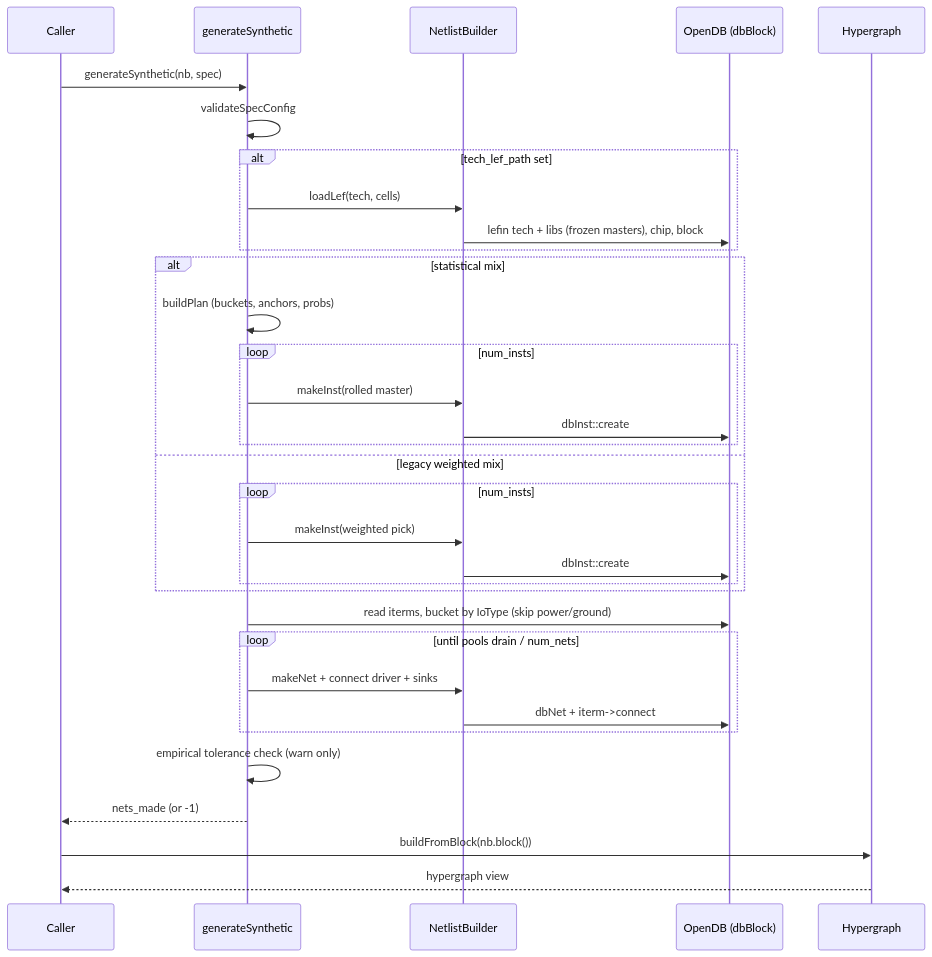
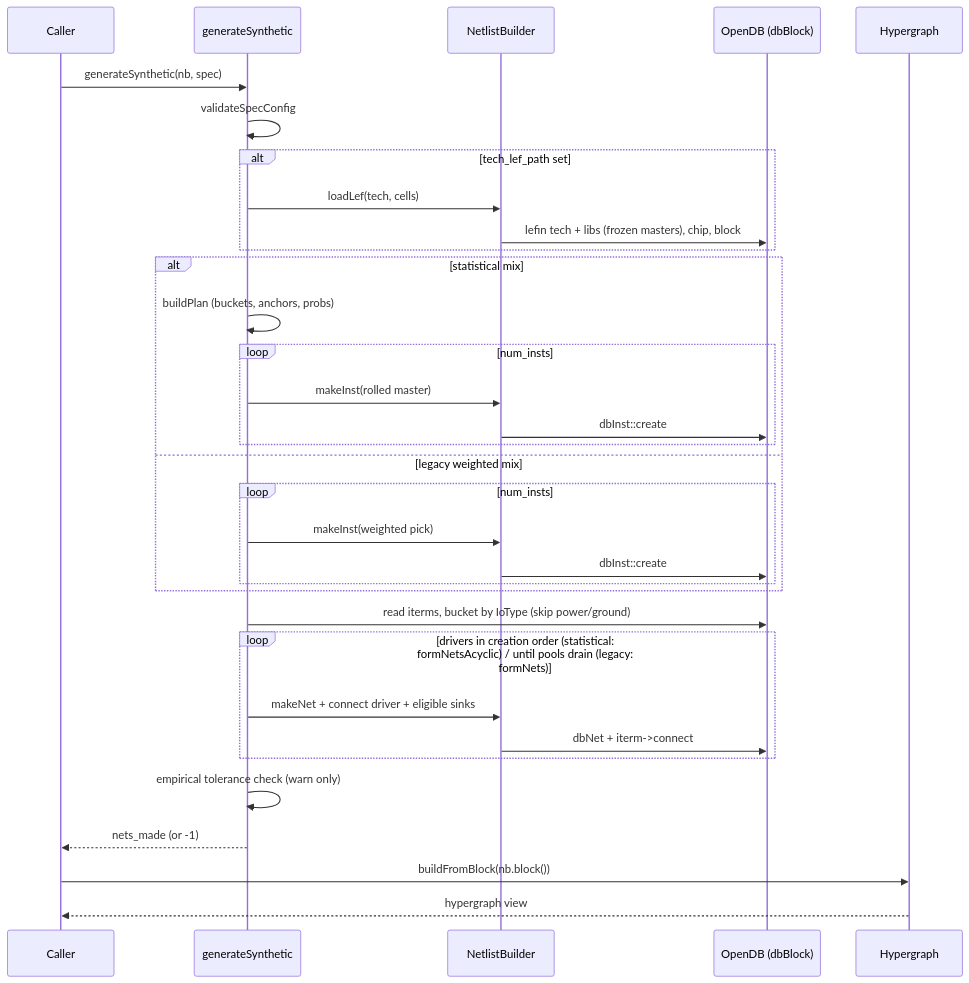
Before and after one commit to rfive88/eda-lab: the eighth of 12 diagrams in src/engines/netlistgen/FLOW.md, drawn with Mermaid. The commit also changed other lines of this file and 12 other files, not shown here.

````diff
--- a/src/engines/netlistgen/FLOW.md
+++ b/src/engines/netlistgen/FLOW.md
@@ -210,36 +273,36 @@
 ```mermaid
 sequenceDiagram
   participant Caller
   participant GS as generateSynthetic
   participant NB as NetlistBuilder
   participant ODB as OpenDB (dbBlock)
   participant HG as Hypergraph
 
   Caller->>GS: generateSynthetic(nb, spec)
   GS->>GS: validateSpecConfig
   alt tech_lef_path set
     GS->>NB: loadLef(tech, cells)
     NB->>ODB: lefin tech + libs (frozen masters), chip, block
   end
   alt statistical mix
     GS->>GS: buildPlan (buckets, anchors, probs)
     loop num_insts
       GS->>NB: makeInst(rolled master)
       NB->>ODB: dbInst::create
     end
   else legacy weighted mix
     loop num_insts
       GS->>NB: makeInst(weighted pick)
       NB->>ODB: dbInst::create
     end
   end
   GS->>ODB: read iterms, bucket by IoType (skip power/ground)
-  loop until pools drain / num_nets
-    GS->>NB: makeNet + connect driver + sinks
+  loop drivers in creation order (statistical: formNetsAcyclic) / until pools drain (legacy: formNets)
+    GS->>NB: makeNet + connect driver + eligible sinks
     NB->>ODB: dbNet + iterm->connect
   end
   GS->>GS: empirical tolerance check (warn only)
   GS-->>Caller: nets_made (or -1)
   Caller->>HG: buildFromBlock(nb.block())
   HG-->>Caller: hypergraph view
 ```
````
